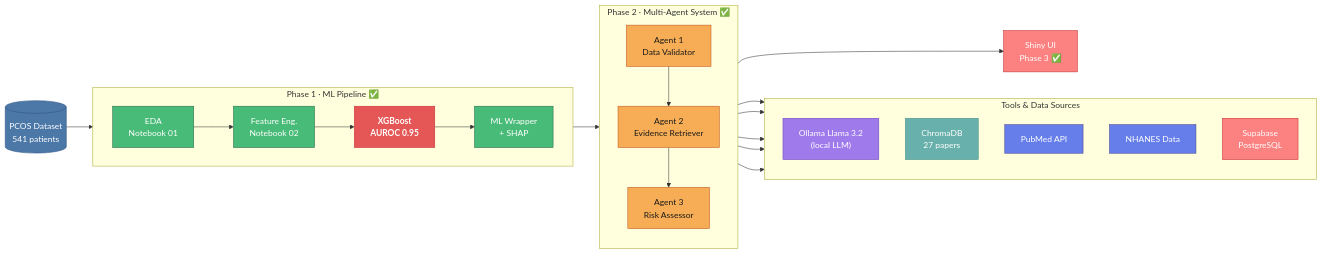
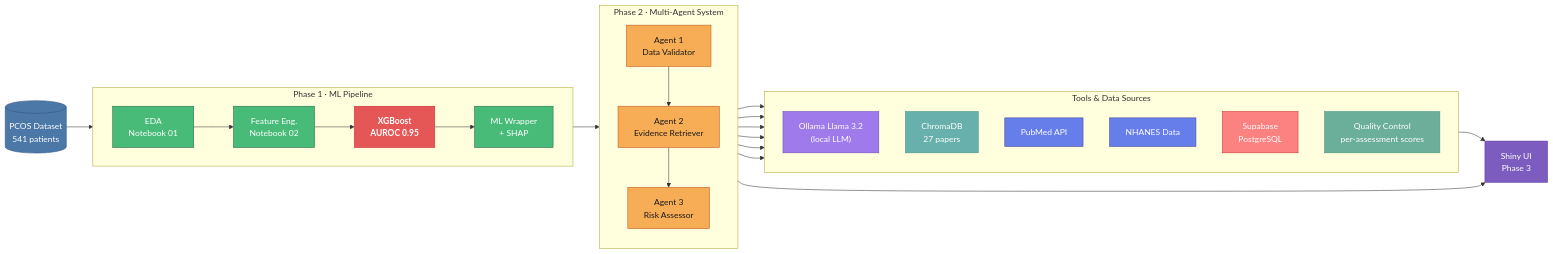
The diagram in README.md (shreyainlabcoat/PCOsense-V3), drawn with Mermaid before and after one commit. The commit also changed other lines of this file and 5 other files, not shown here.

````diff
--- a/README.md
+++ b/README.md
@@ -38,50 +39,54 @@
 ```mermaid
 flowchart LR
     DATA[("PCOS Dataset\n541 patients")]:::data
 
-    subgraph TRAIN["Phase 1 · ML Pipeline ✅"]
+    subgraph TRAIN["Phase 1 · ML Pipeline"]
         direction LR
         EDA["EDA\nNotebook 01"]:::nb
         FEAT["Feature Eng.\nNotebook 02"]:::nb
         MODEL["XGBoost\nAUROC 0.95"]:::model
         WRAP["ML Wrapper\n+ SHAP"]:::nb
     end
 
-    subgraph AGENTS["Phase 2 · Multi-Agent System ✅"]
+    subgraph AGENTS["Phase 2 · Multi-Agent System"]
         direction TB
         A1["Agent 1\nData Validator"]:::agent
         A2["Agent 2\nEvidence Retriever"]:::agent
         A3["Agent 3\nRisk Assessor"]:::agent
         A1 --> A2 --> A3
     end
 
     subgraph TOOLS["Tools & Data Sources"]
         direction TB
         LLM["Ollama Llama 3.2\n(local LLM)"]:::llm
         RAG["ChromaDB\n27 papers"]:::rag
         PUB["PubMed API"]:::api
         NHS["NHANES Data"]:::api
         DB["Supabase\nPostgreSQL"]:::db
+        QC["Quality Control\nper-assessment scores"]:::qc
     end
 
-    UI["Shiny UI\nPhase 3 ✅"]:::ui
+    UI["Shiny UI\nPhase 3"]:::ui
 
     DATA --> EDA --> FEAT --> MODEL --> WRAP
     WRAP --> A1
     A2 --> LLM
     A2 --> RAG
     A2 --> PUB
     A3 --> NHS
     A3 --> DB
+    A3 --> QC
+    QC --> UI
     A3 --> UI
 
     classDef data  fill:#4C78A8,stroke:#2c5282,color:#fff
     classDef nb    fill:#48bb78,stroke:#276749,color:#fff
     classDef model fill:#E45756,stroke:#c53030,color:#fff,font-weight:bold
     classDef agent fill:#f6ad55,stroke:#c05621,color:#1a1a1a
     classDef llm   fill:#9f7aea,stroke:#6b46c1,color:#fff
     classDef rag   fill:#68b0ab,stroke:#4a908a,color:#fff
     classDef api   fill:#667eea,stroke:#434190,color:#fff
     classDef db    fill:#fc8181,stroke:#c53030,color:#fff
-    classDef ui    fill:#fc8181,stroke:#c53030,color:#fff
+    classDef ui    fill:#7C5CBF,stroke:#5E3EA1,color:#fff
+    classDef qc    fill:#6BAE9A,stroke:#4D9180,color:#fff
 ```
````
